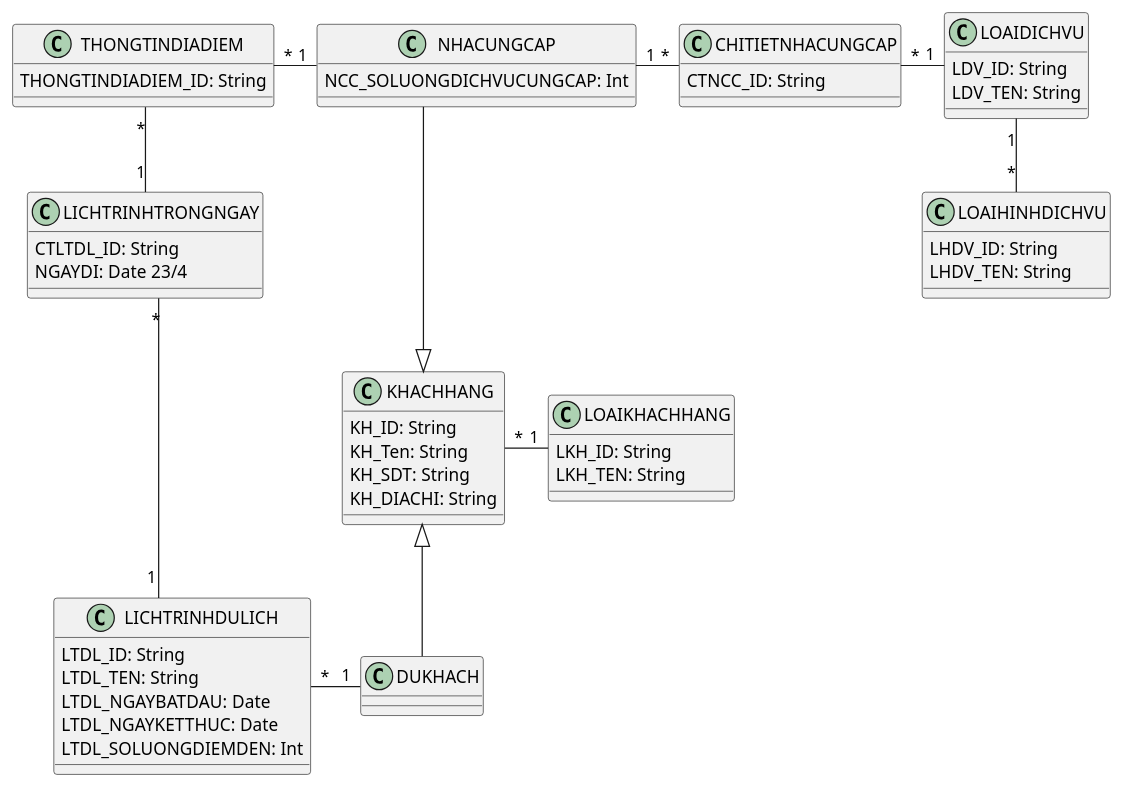
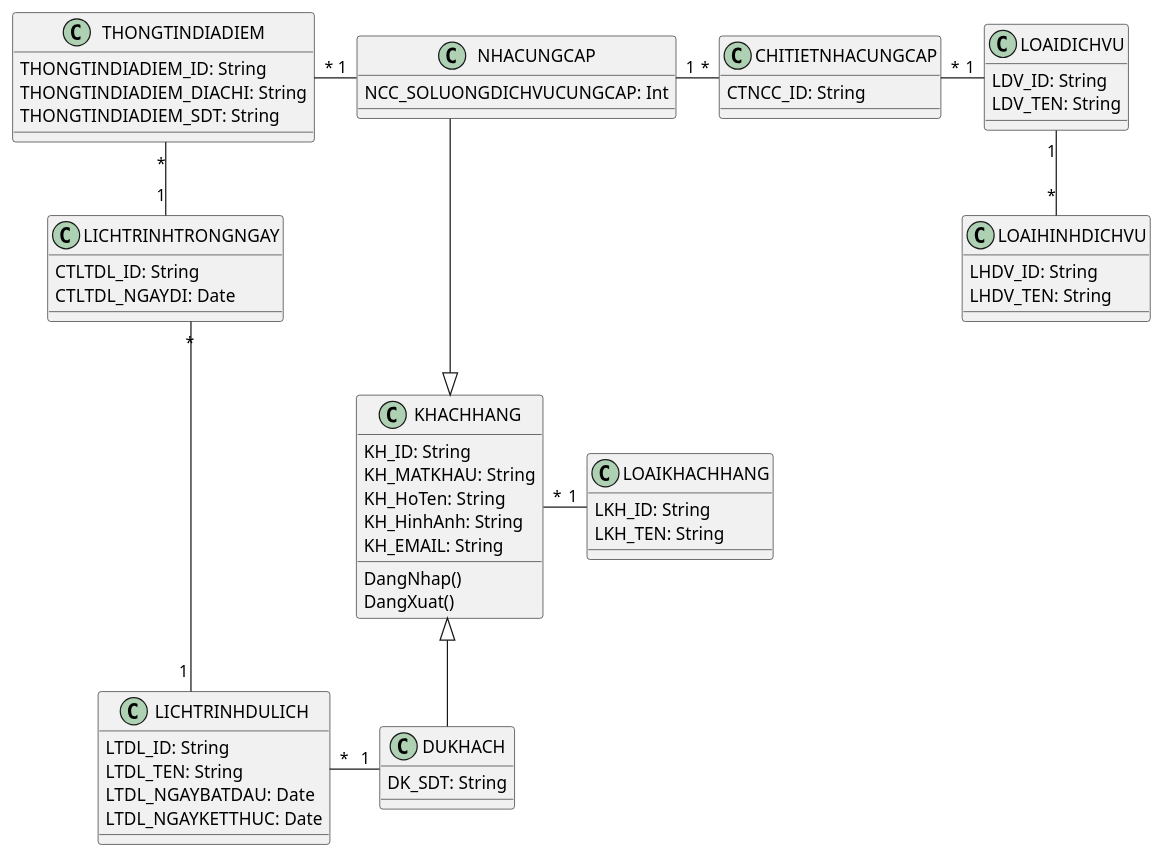
The diagram in PlanUML/Class.puml (TranTan-Dat/LV_DuLichDienTu), drawn with PlantUML before and after one commit.

Commit message:
finish Class Dia

```diff
--- a/PlanUML/Class.puml
+++ b/PlanUML/Class.puml
@@ -1,90 +1,95 @@
 @startuml So Do class
  skinparam linetype ortho
 ' Dịch vụ du lịch ở đây bao gồm các khu vui chơi,
 ' ăn ngủ nghỉ, dịch vụ đi lại, các dịch vụ sẽ có loại DV
 'Dịch vụ sẽ gồm có:
 '1. Phương tiện để đi lại (gồm có phương tiện đi đến nơi du lịch và phương tiện đi lại ở điểm du lịch)
 '2. Tham quan và ăn uống
 '3. chỗ ngủ
 
 
 
 class NHACUNGCAP{
   NCC_SOLUONGDICHVUCUNGCAP: Int
 }
 
 class CHITIETNHACUNGCAP{
   CTNCC_ID: String
 
 }
 
 class THONGTINDIADIEM{
   THONGTINDIADIEM_ID: String
-
+  THONGTINDIADIEM_DIACHI: String
+  THONGTINDIADIEM_SDT: String
 }
 
 class DUKHACH{
-
+  DK_SDT: String
 }
 class LICHTRINHDULICH{
   LTDL_ID: String
   LTDL_TEN: String 
   LTDL_NGAYBATDAU: Date 
   LTDL_NGAYKETTHUC: Date
-  LTDL_SOLUONGDIEMDEN: Int
 }
 class LICHTRINHTRONGNGAY{
  CTLTDL_ID: String
- NGAYDI: Date 23/4
+ CTLTDL_NGAYDI: Date
+
 
 }
 
 ' class chitiet{
 
 ' }
 
 class KHACHHANG{
   KH_ID: String
-  KH_Ten: String
-  KH_SDT: String
-  KH_DIACHI: String
+  KH_MATKHAU: String
+  KH_HoTen: String
+  KH_HinhAnh: String
+  KH_EMAIL: String
 
+  
+  DangNhap()
+  DangXuat()
 }
 
 class LOAIKHACHHANG{
 
   LKH_ID: String
   LKH_TEN: String
 
 }
 
 class LOAIDICHVU{
   LDV_ID: String
   LDV_TEN: String
 }
 
 class LOAIHINHDICHVU{
   LHDV_ID: String
   LHDV_TEN: String
 }
 
 
 KHACHHANG "*"-"1" LOAIKHACHHANG
 
 NHACUNGCAP "1"-"*" CHITIETNHACUNGCAP
 CHITIETNHACUNGCAP "*"-"1" LOAIDICHVU 
 LOAIDICHVU "1"--"*" LOAIHINHDICHVU
 THONGTINDIADIEM "*"-"1" NHACUNGCAP
 
 
 LICHTRINHDULICH "*"-"1" DUKHACH
 LICHTRINHTRONGNGAY "*"-"1" LICHTRINHDULICH
 THONGTINDIADIEM "*"--"1" LICHTRINHTRONGNGAY
 
 ' THONGTINDIADIEM "*"-"1" chitiet
 ' chitiet "1"-"*" LICHTRINHTRONGNGAY
 
 NHACUNGCAP ---|> KHACHHANG
 KHACHHANG <|-- DUKHACH
 
 @enduml
```
